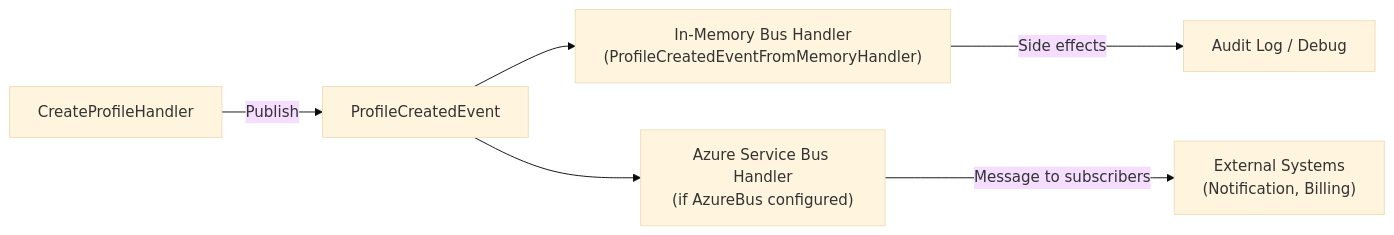
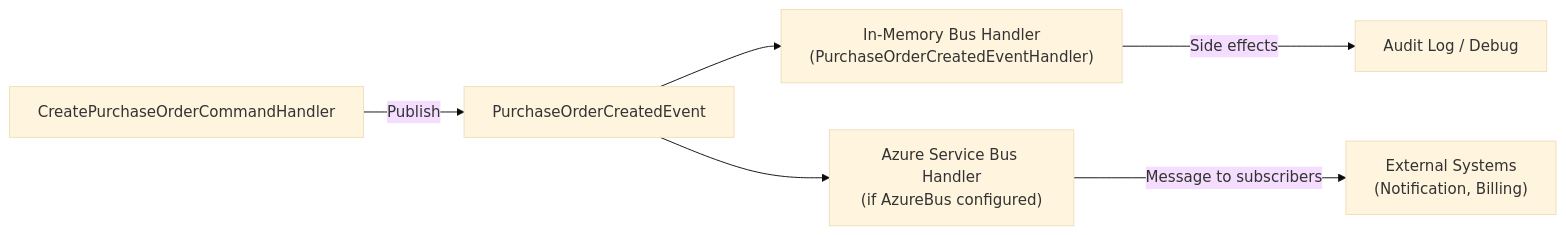
One commit to baoduy/DKNet.Templates changed the fourth of 4 diagrams in .github/skills/dknet-feature-documentation/SKILL.md. Above: the diagram before and after it, drawn with Mermaid (base theme). The commit also changed other lines of this file and 66 other files, not shown here.

First line of the commit message:
docs(D711-3): rewrite docs and AI guidance through PurchaseOrder/Product samples

````diff
--- a/.github/skills/dknet-feature-documentation/SKILL.md
+++ b/.github/skills/dknet-feature-documentation/SKILL.md
@@ -308,10 +295,10 @@
 ```mermaid
 graph LR
-    HDL["CreateProfileHandler"] -->|Publish| EVT["ProfileCreatedEvent"]
+    HDL["CreatePurchaseOrderCommandHandler"] -->|Publish| EVT["PurchaseOrderCreatedEvent"]
 
-    EVT --> MEM["In-Memory Bus Handler\n(ProfileCreatedEventFromMemoryHandler)"]
+    EVT --> MEM["In-Memory Bus Handler\n(PurchaseOrderCreatedEventHandler)"]
     EVT --> AZ["Azure Service Bus Handler\n(if AzureBus configured)"]
 
     MEM -->|Side effects| LOG["Audit Log / Debug"]
     AZ -->|Message to subscribers| EXT["External Systems\n(Notification, Billing)"]
 ```
````
